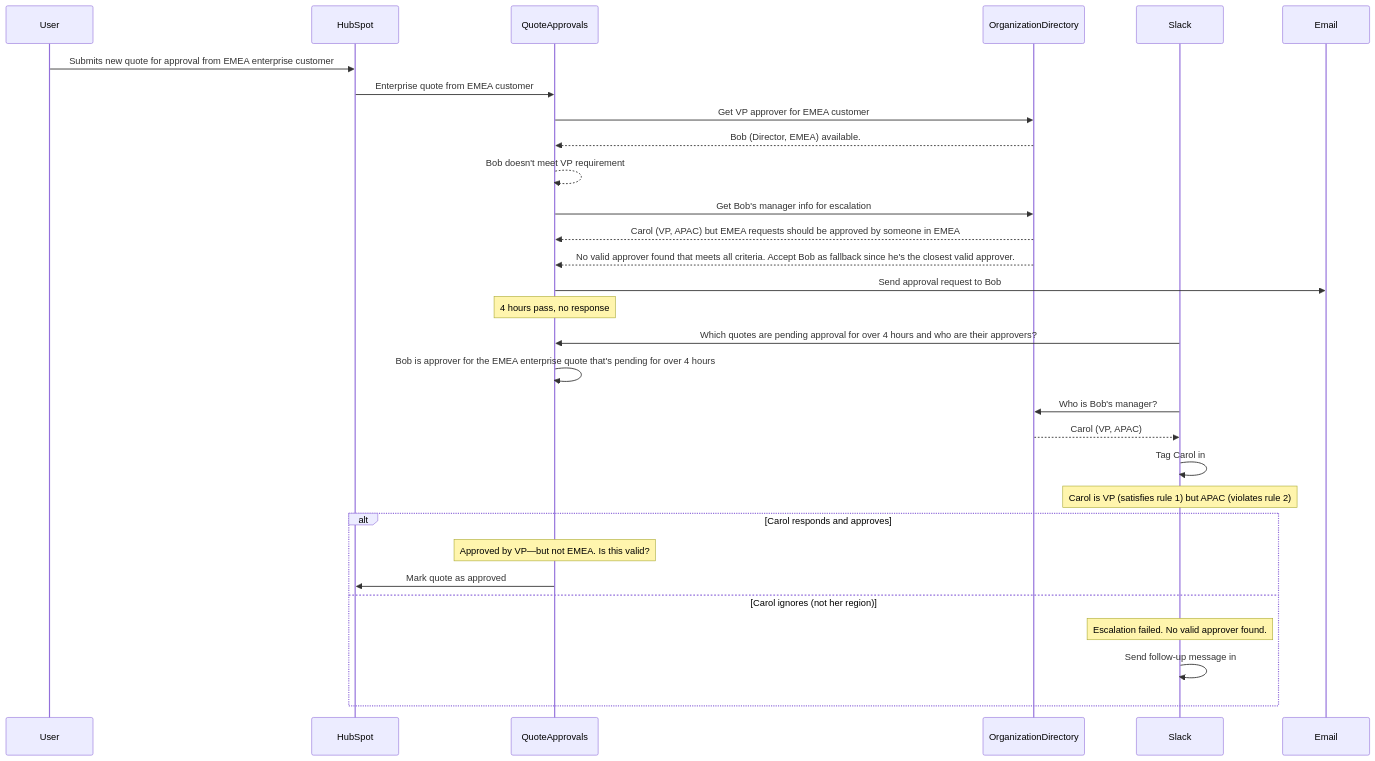
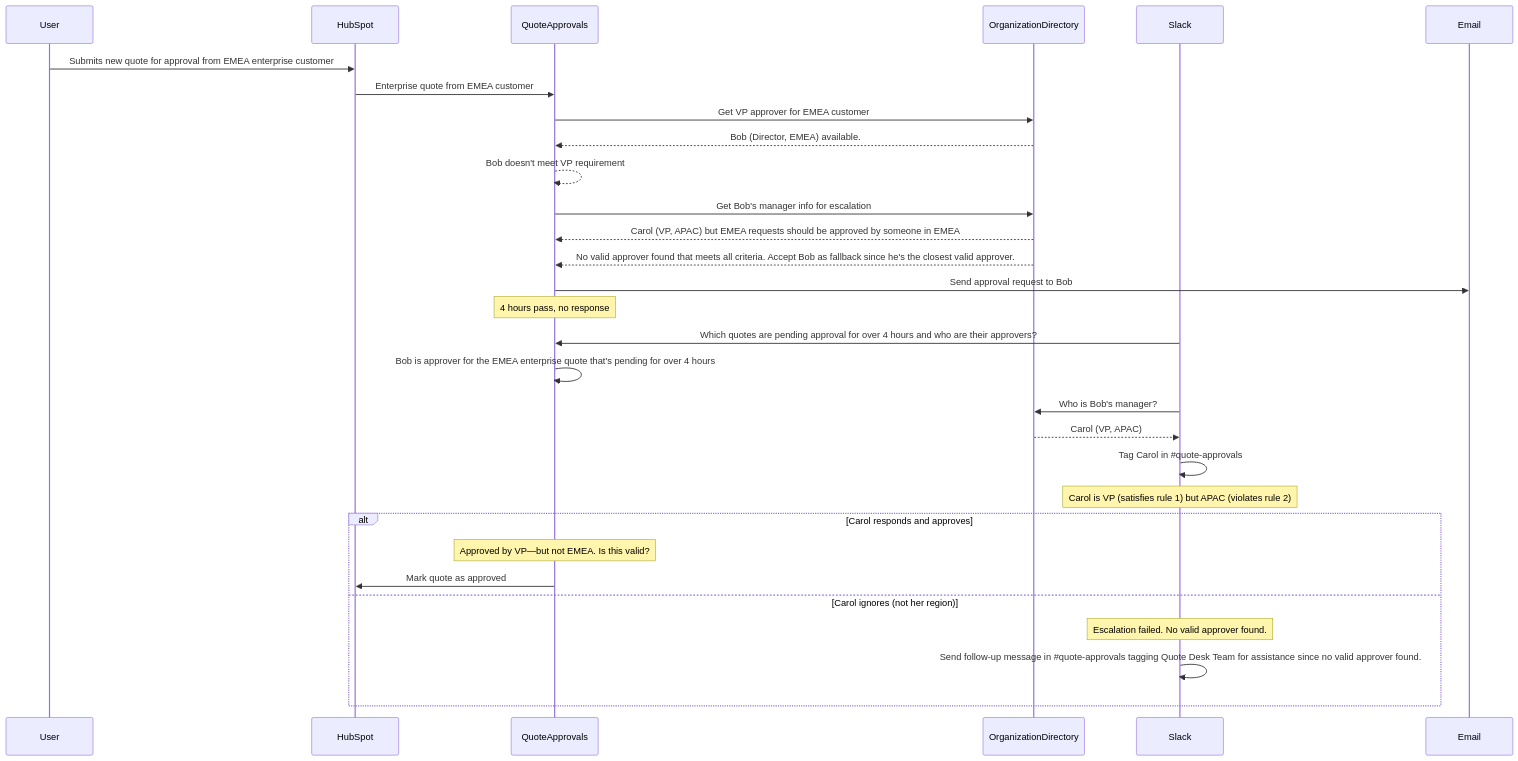
Before and after one commit to asafam/programmable-online-llm-objects: the tenth of 10 diagrams in examples/deal-desk-manage-hubspot-quote-approvals-slack.md, drawn with Mermaid. The commit also changed other lines of this file, not shown here.

````diff
--- a/examples/deal-desk-manage-hubspot-quote-approvals-slack.md
+++ b/examples/deal-desk-manage-hubspot-quote-approvals-slack.md
@@ -253,32 +253,32 @@
 ```mermaid
 sequenceDiagram
   participant User
   participant HubSpot
   participant QuoteApprovals
   participant OrganizationDirectory
   participant Slack
 
   User->>HubSpot: Submits new quote for approval from EMEA enterprise customer
   HubSpot->>QuoteApprovals: Enterprise quote from EMEA customer
   QuoteApprovals->>OrganizationDirectory: Get VP approver for EMEA customer
   OrganizationDirectory-->>QuoteApprovals: Bob (Director, EMEA) available.
   QuoteApprovals-->>QuoteApprovals: Bob doesn't meet VP requirement
   QuoteApprovals->>OrganizationDirectory: Get Bob's manager info for escalation
   OrganizationDirectory-->>QuoteApprovals: Carol (VP, APAC) but EMEA requests should be approved by someone in EMEA
   OrganizationDirectory-->>QuoteApprovals: No valid approver found that meets all criteria. Accept Bob as fallback since he's the closest valid approver.
   QuoteApprovals->>Email: Send approval request to Bob
   Note over QuoteApprovals: 4 hours pass, no response
   Slack->>QuoteApprovals: Which quotes are pending approval for over 4 hours and who are their approvers?
   QuoteApprovals->>QuoteApprovals: Bob is approver for the EMEA enterprise quote that's pending for over 4 hours
   Slack->>OrganizationDirectory: Who is Bob's manager?
   OrganizationDirectory-->>Slack: Carol (VP, APAC)
-  Slack->>Slack: Tag Carol in #quote-approvals
+  Slack->>Slack: Tag Carol in #35;quote-approvals
   Note over Slack: Carol is VP (satisfies rule 1) but APAC (violates rule 2)
   alt Carol responds and approves
     Note over QuoteApprovals: Approved by VP—but not EMEA. Is this valid?
     QuoteApprovals->>HubSpot: Mark quote as approved
   else Carol ignores (not her region)
     Note over Slack: Escalation failed. No valid approver found.
-    Slack->>Slack: Send follow-up message in #quote-approvals tagging Quote Desk Team for assistance since no valid approver found.
+    Slack->>Slack: Send follow-up message in #35;quote-approvals tagging Quote Desk Team for assistance since no valid approver found.
   end
 ```
````
